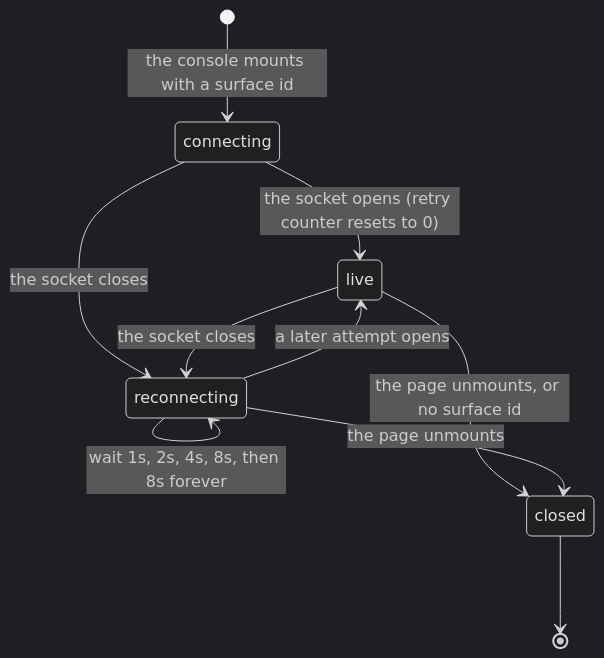
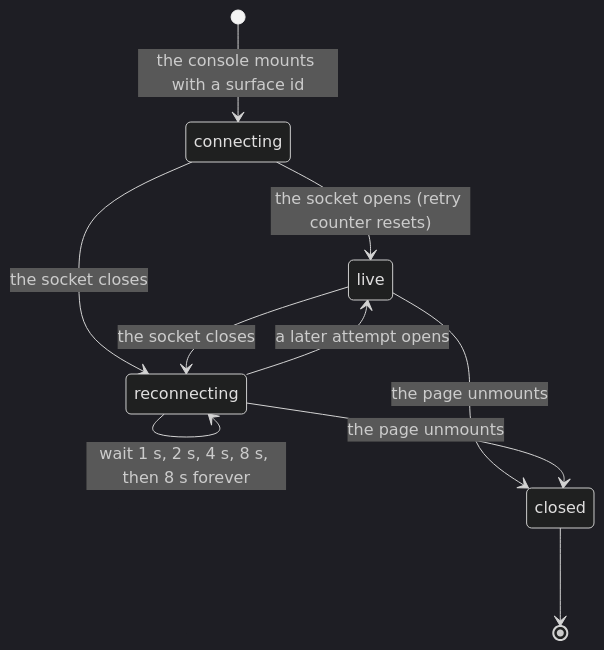
The diagram in docs/product-description/cross-cutting/live-updates.md (SamGu-NRX/CogPortal), drawn with Mermaid (dark theme) before and after one commit. The commit also changed other lines of this file and 41 other files, not shown here.

````diff
--- a/docs/product-description/cross-cutting/live-updates.md
+++ b/docs/product-description/cross-cutting/live-updates.md
@@ -38,12 +40,12 @@
 ```mermaid
 stateDiagram-v2
     [*] --> connecting : the console mounts with a surface id
-    connecting --> live : the socket opens (retry counter resets to 0)
+    connecting --> live : the socket opens (retry counter resets)
     connecting --> reconnecting : the socket closes
     live --> reconnecting : the socket closes
-    reconnecting --> reconnecting : wait 1s, 2s, 4s, 8s, then 8s forever
+    reconnecting --> reconnecting : wait 1 s, 2 s, 4 s, 8 s, then 8 s forever
     reconnecting --> live : a later attempt opens
-    live --> closed : the page unmounts, or no surface id
+    live --> closed : the page unmounts
     reconnecting --> closed : the page unmounts
     closed --> [*]
 ```
````
